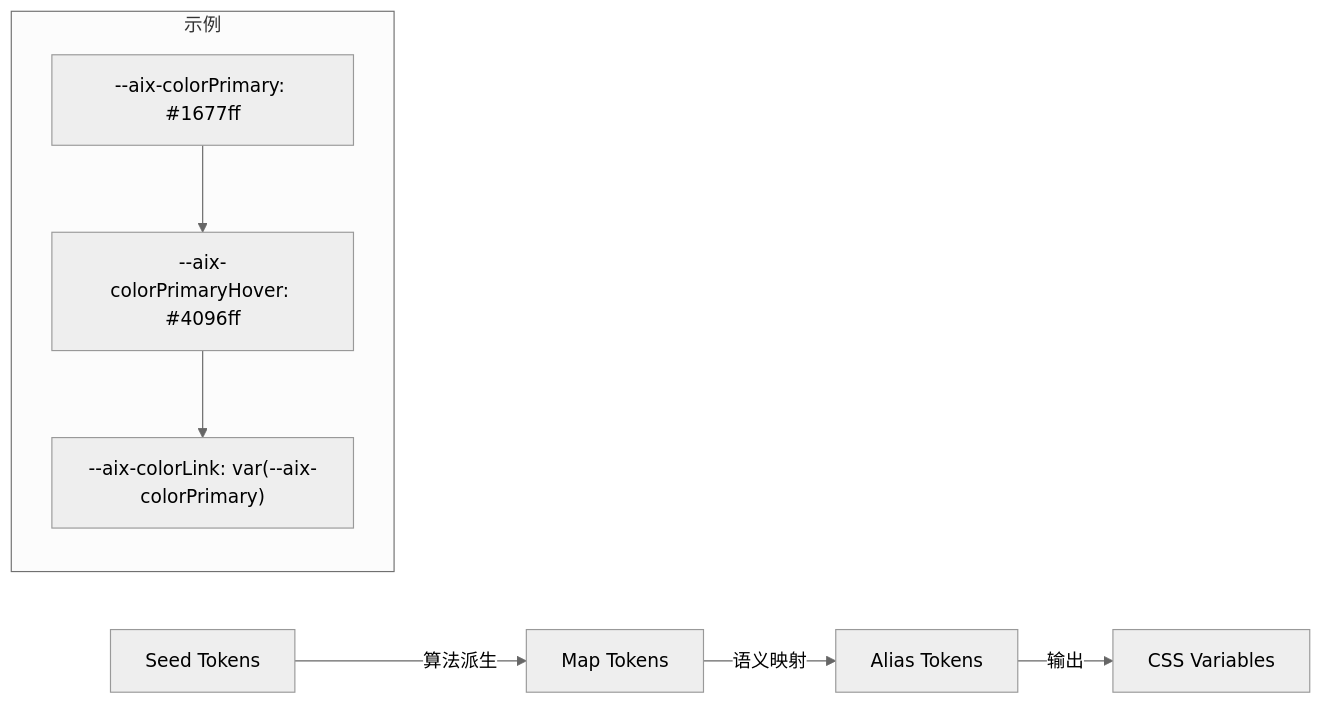
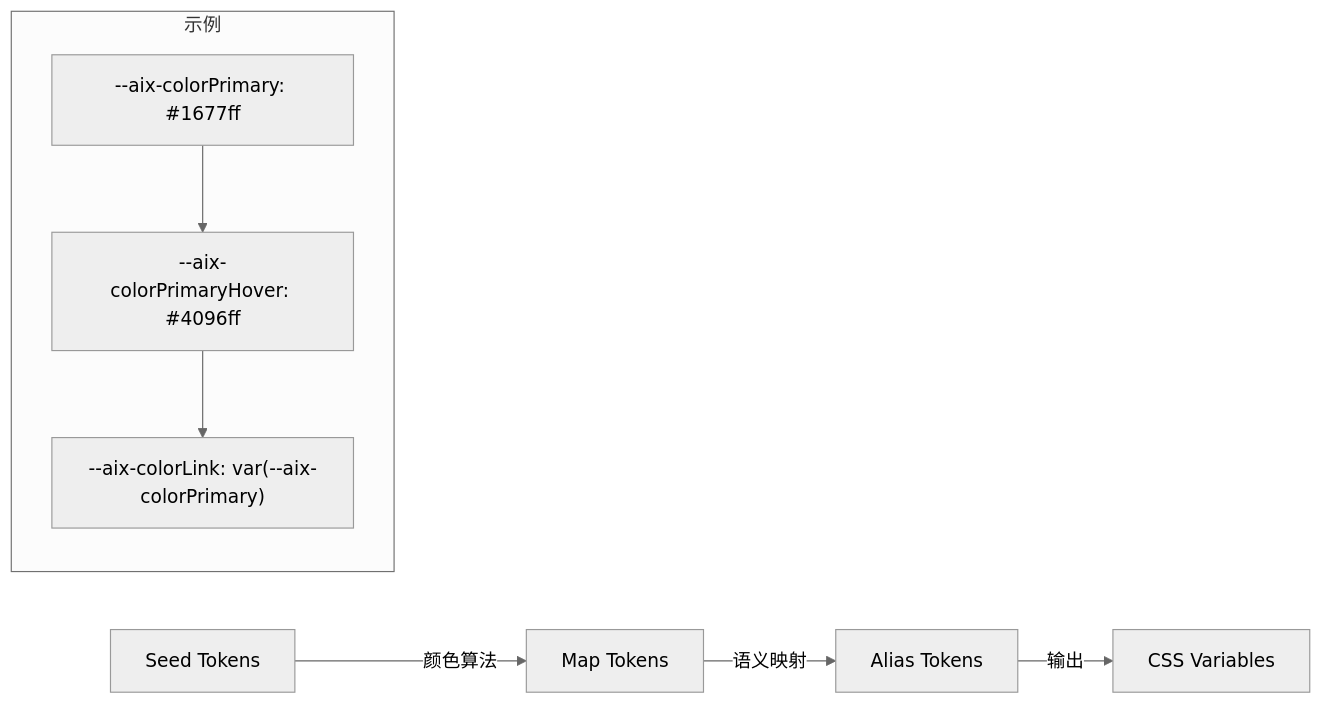
The ninth of 17 diagrams in docs/guide/architecture.md (sunweijieMJ/aix), drawn with Mermaid (neutral theme) before and after one commit. The commit also changed other lines of this file and 39 other files, not shown here.

````diff
--- a/docs/guide/architecture.md
+++ b/docs/guide/architecture.md
@@ -350,14 +413,14 @@
 ```mermaid
 flowchart LR
-    A[Seed Tokens] -->|算法派生| B[Map Tokens]
+    A[Seed Tokens] -->|颜色算法| B[Map Tokens]
     B -->|语义映射| C[Alias Tokens]
     C -->|输出| D[CSS Variables]
 
-    subgraph 示例
+    subgraph "示例"
         E["--aix-colorPrimary: #1677ff"]
         F["--aix-colorPrimaryHover: #4096ff"]
         G["--aix-colorLink: var(--aix-colorPrimary)"]
     end
 
     E --> F --> G
 ```
````
